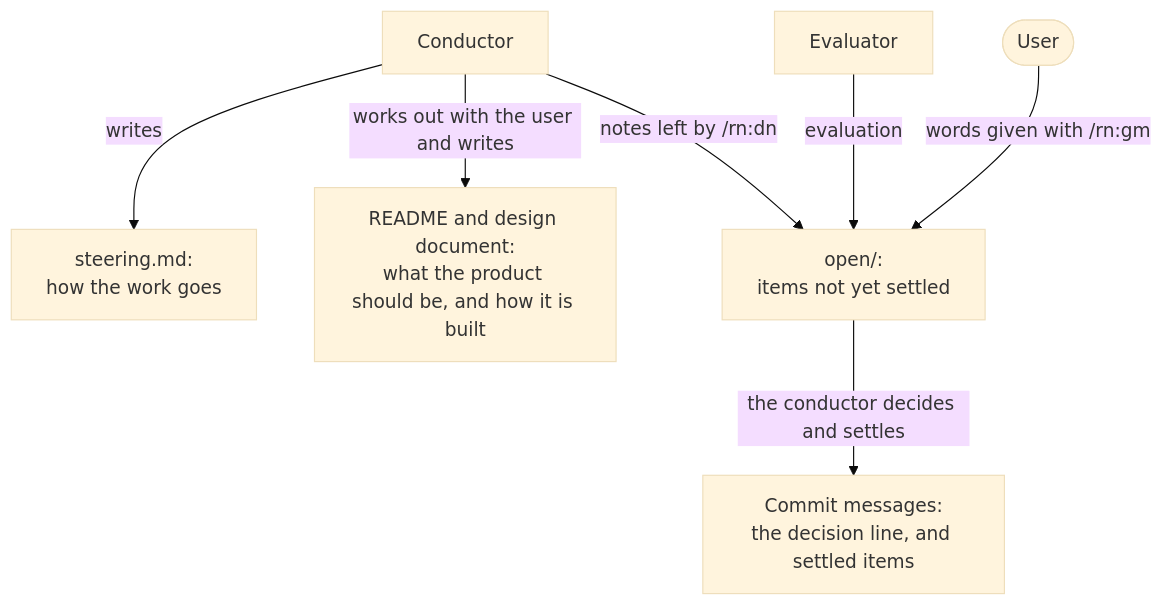
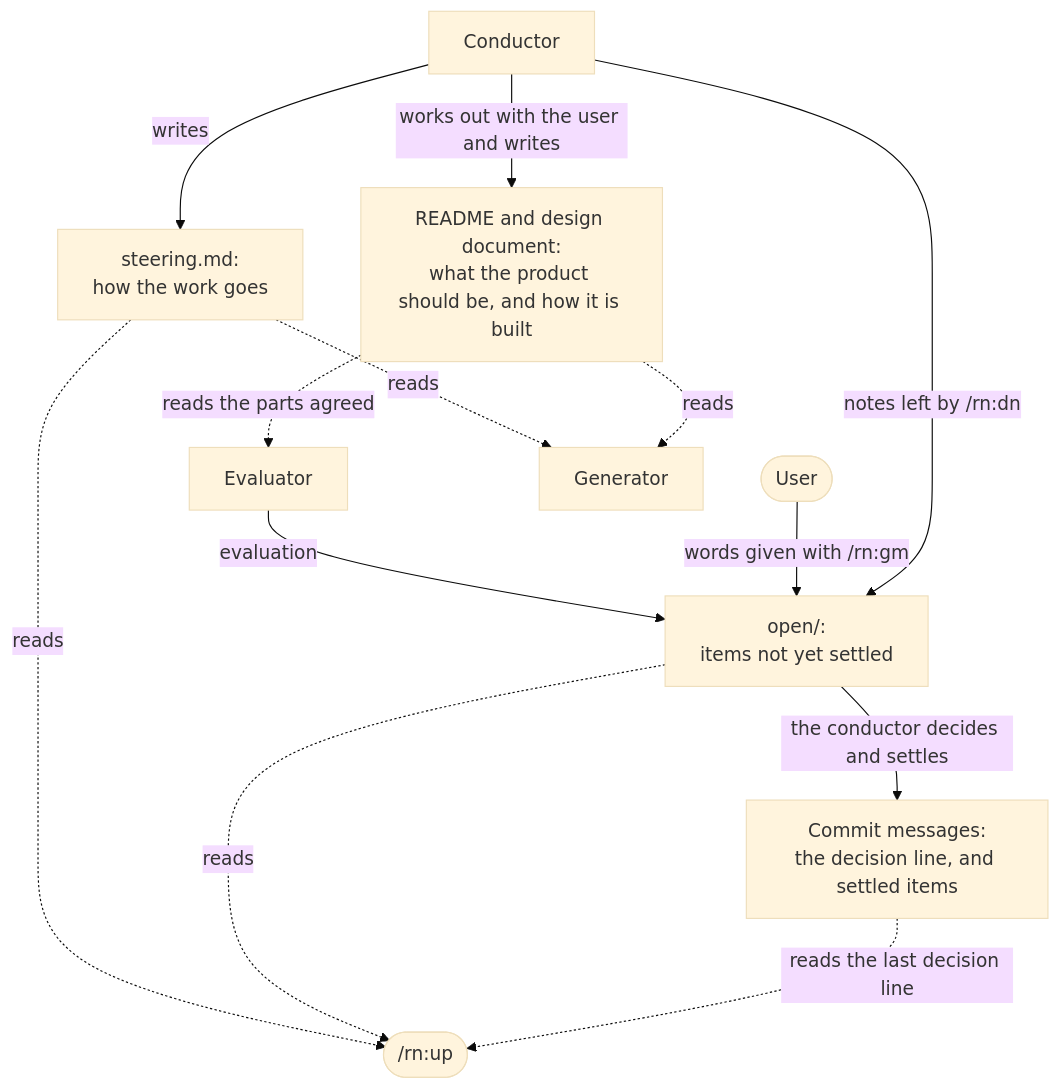
Before and after one commit to lovaizu/ccpm: the sixth of 6 diagrams in rn/docs/design.md, drawn with Mermaid (base theme). The commit also changed other lines of this file and 1 other file, not shown here.

Commit message:
docs(rn): settle the evaluation of the README and design — features named alike in table and headings, the session map up front, four policies each traced to a benefit, a review request shown in the README, readers in the record diagram, commit message parts with why, contradictions removed

````diff
--- a/rn/docs/design.md
+++ b/rn/docs/design.md
@@ -224,16 +246,24 @@
 ```mermaid
 flowchart TD
     U(["User"])
     C["Conductor"]
     E["Evaluator"]
     S["steering.md:<br/>how the work goes"]
     RD["README and design document:<br/>what the product should be, and how it is built"]
     O["open/:<br/>items not yet settled"]
     M["Commit messages:<br/>the decision line, and settled items"]
     C -->|"writes"| S
     C -->|"works out with the user and writes"| RD
     E -->|"evaluation"| O
     U -->|"words given with /rn:gm"| O
     C -->|"notes left by /rn:dn"| O
     O -->|"the conductor decides and settles"| M
+    G["Generator"]
+    UP(["/rn:up"])
+    S -.->|"reads"| G
+    RD -.->|"reads"| G
+    RD -.->|"reads the parts agreed"| E
+    S -.->|"reads"| UP
+    O -.->|"reads"| UP
+    M -.->|"reads the last decision line"| UP
 ```
````
